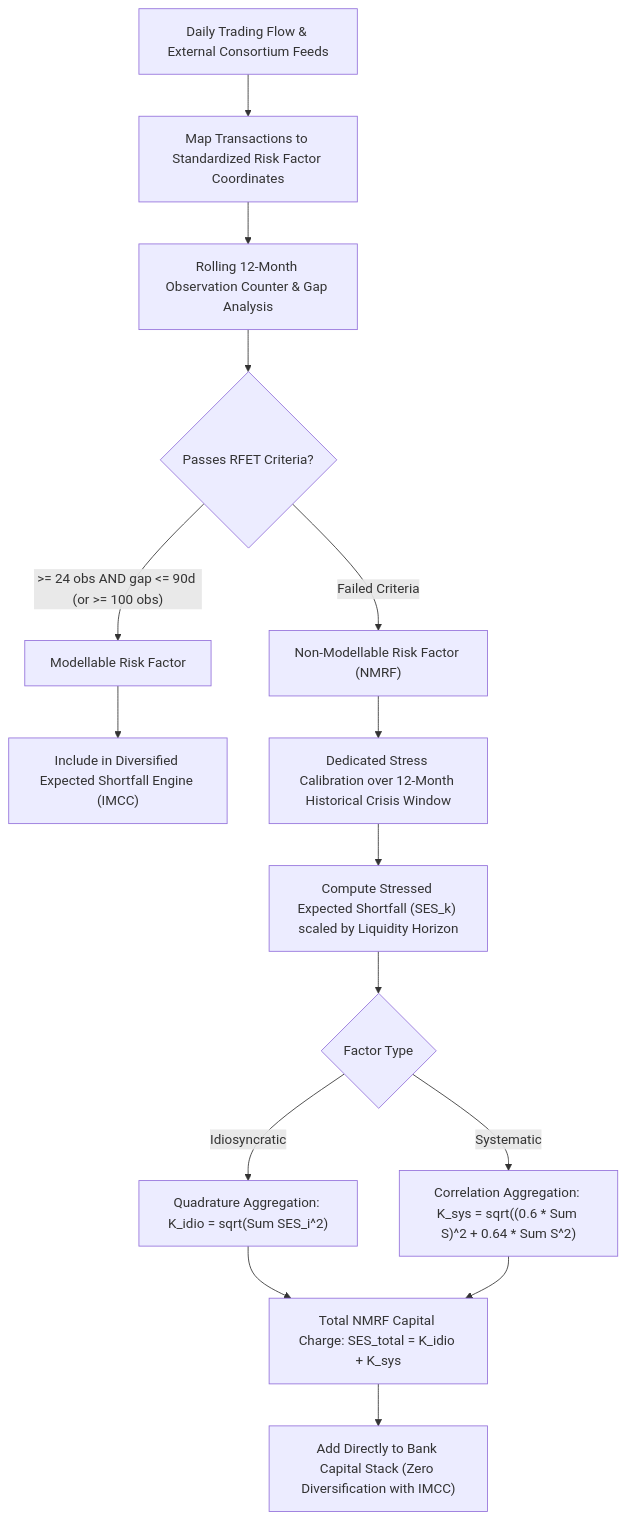
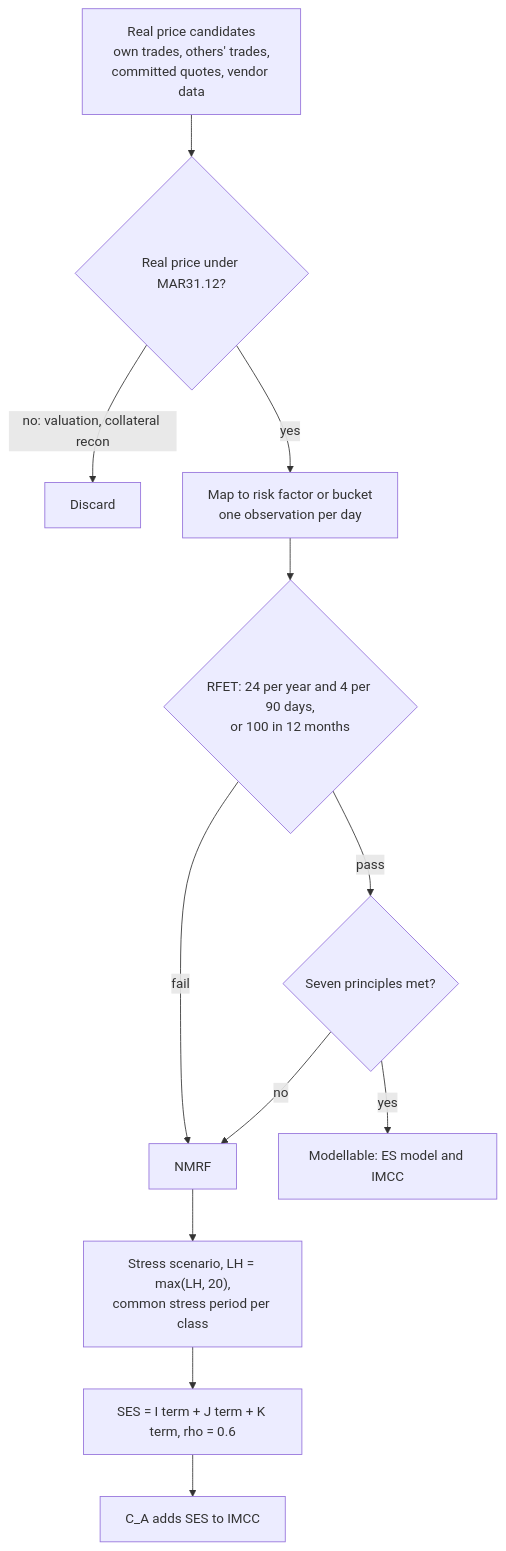
Before and after one commit to shreejitverma/The-Quant-Prep: the diagram in 17-Regulatory-Capital-Basel-and-FRTB/11-FRTB-Non-Modellable-Risk-Factors.md, drawn with Mermaid. The commit also changed other lines of this file and 10 other files, not shown here.

````diff
--- a/17-Regulatory-Capital-Basel-and-FRTB/11-FRTB-Non-Modellable-Risk-Factors.md
+++ b/17-Regulatory-Capital-Basel-and-FRTB/11-FRTB-Non-Modellable-Risk-Factors.md
@@ -128,21 +138,14 @@
 ```mermaid
 flowchart TD
-    A["Daily Trading Flow & External Consortium Feeds"] --> B["Map Transactions to Standardized Risk Factor Coordinates"]
-    B --> C["Rolling 12-Month Observation Counter & Gap Analysis"]
-    
-    C --> D{"Passes RFET Criteria?"}
-    D -- ">= 24 obs AND gap <= 90d (or >= 100 obs)" --> E["Modellable Risk Factor"]
-    D -- "Failed Criteria" --> F["Non-Modellable Risk Factor (NMRF)"]
-    
-    E --> G["Include in Diversified Expected Shortfall Engine (IMCC)"]
-    
-    F --> H["Dedicated Stress Calibration over 12-Month Historical Crisis Window"]
-    H --> I["Compute Stressed Expected Shortfall (SES_k) scaled by Liquidity Horizon"]
-    
-    I --> J{"Factor Type"}
-    J -- "Idiosyncratic" --> K["Quadrature Aggregation: K_idio = sqrt(Sum SES_i^2)"]
-    J -- "Systematic" --> L["Correlation Aggregation: K_sys = sqrt((0.6 * Sum S)^2 + 0.64 * Sum S^2)"]
-    
-    K & L --> M["Total NMRF Capital Charge: SES_total = K_idio + K_sys"]
-    M --> N["Add Directly to Bank Capital Stack (Zero Diversification with IMCC)"]
+    P["Real price candidates<br/>own trades, others' trades,<br/>committed quotes, vendor data"] --> F{"Real price under MAR31.12?"}
+    F -->|"no: valuation, collateral recon"| X["Discard"]
+    F -->|"yes"| M["Map to risk factor or bucket<br/>one observation per day"]
+    M --> T{"RFET: 24 per year and 4 per 90 days,<br/>or 100 in 12 months"}
+    T -->|"fail"| N["NMRF"]
+    T -->|"pass"| Q{"Seven principles met?"}
+    Q -->|"no"| N
+    Q -->|"yes"| E["Modellable: ES model and IMCC"]
+    N --> S["Stress scenario, LH = max(LH, 20),<br/>common stress period per class"]
+    S --> A["SES = I term + J term + K term, rho = 0.6"]
+    A --> C["C_A adds SES to IMCC"]
 ```
````
